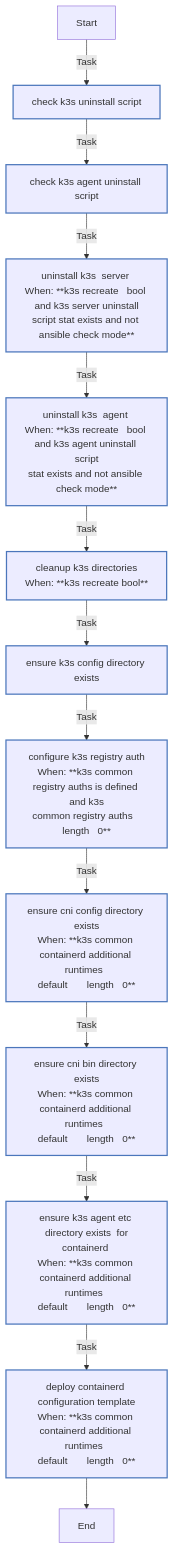
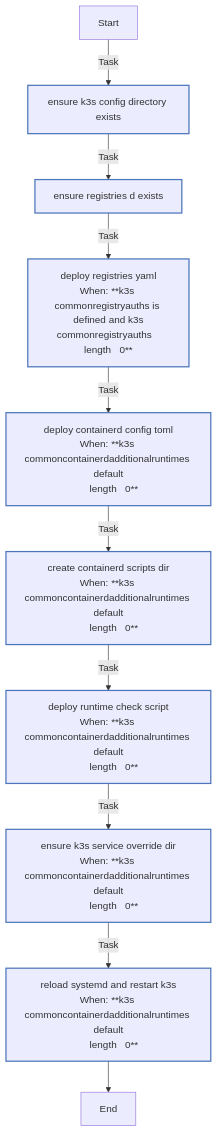
Before and after one commit to rou-cru/k3s-homelab: the diagram in roles/k3s_common/README.md, drawn with Mermaid. The commit also changed other lines of this file and 57 other files, not shown here.

````diff
--- a/roles/k3s_common/README.md
+++ b/roles/k3s_common/README.md
@@ -50,25 +47,22 @@
 ```mermaid
 flowchart TD
 Start
 classDef block stroke:#3498db,stroke-width:2px;
 classDef task stroke:#4b76bb,stroke-width:2px;
 classDef includeTasks stroke:#16a085,stroke-width:2px;
 classDef importTasks stroke:#34495e,stroke-width:2px;
 classDef includeRole stroke:#2980b9,stroke-width:2px;
 classDef importRole stroke:#699ba7,stroke-width:2px;
 classDef includeVars stroke:#8e44ad,stroke-width:2px;
 classDef rescue stroke:#665352,stroke-width:2px;
 
-  Start-->|Task| Check_K3s_uninstall_script0[check k3s uninstall script]:::task
-  Check_K3s_uninstall_script0-->|Task| Check_K3s_agent_uninstall_script1[check k3s agent uninstall script]:::task
-  Check_K3s_agent_uninstall_script1-->|Task| Uninstall_K3s__Server_2[uninstall k3s  server <br>When: **k3s recreate   bool and k3s server uninstall<br>script stat exists and not ansible check mode**]:::task
-  Uninstall_K3s__Server_2-->|Task| Uninstall_K3s__Agent_3[uninstall k3s  agent <br>When: **k3s recreate   bool and k3s agent uninstall script<br>stat exists and not ansible check mode**]:::task
-  Uninstall_K3s__Agent_3-->|Task| Cleanup_K3s_directories4[cleanup k3s directories<br>When: **k3s recreate   bool**]:::task
-  Cleanup_K3s_directories4-->|Task| Ensure_K3s_config_directory_exists5[ensure k3s config directory exists]:::task
-  Ensure_K3s_config_directory_exists5-->|Task| Configure_K3s_registry_auth6[configure k3s registry auth<br>When: **k3s common registry auths is defined and k3s<br>common registry auths   length   0**]:::task
-  Configure_K3s_registry_auth6-->|Task| Ensure_CNI_config_directory_exists7[ensure cni config directory exists<br>When: **k3s common containerd additional runtimes  <br>default       length   0**]:::task
-  Ensure_CNI_config_directory_exists7-->|Task| Ensure_CNI_bin_directory_exists8[ensure cni bin directory exists<br>When: **k3s common containerd additional runtimes  <br>default       length   0**]:::task
-  Ensure_CNI_bin_directory_exists8-->|Task| Ensure_K3s_agent_etc_directory_exists__for_containerd_9[ensure k3s agent etc directory exists  for<br>containerd <br>When: **k3s common containerd additional runtimes  <br>default       length   0**]:::task
-  Ensure_K3s_agent_etc_directory_exists__for_containerd_9-->|Task| Deploy_containerd_configuration_template10[deploy containerd configuration template<br>When: **k3s common containerd additional runtimes  <br>default       length   0**]:::task
-  Deploy_containerd_configuration_template10-->End
+  Start-->|Task| Ensure_K3s_config_directory_exists0[ensure k3s config directory exists]:::task
+  Ensure_K3s_config_directory_exists0-->|Task| Ensure_registries_d_exists1[ensure registries d exists]:::task
+  Ensure_registries_d_exists1-->|Task| Deploy_registries_yaml2[deploy registries yaml<br>When: **k3s commonregistryauths is defined and k3s<br>commonregistryauths   length   0**]:::task
+  Deploy_registries_yaml2-->|Task| Deploy_containerd_config_toml3[deploy containerd config toml<br>When: **k3s commoncontainerdadditionalruntimes   default  <br>    length   0**]:::task
+  Deploy_containerd_config_toml3-->|Task| Create_containerd_scripts_dir4[create containerd scripts dir<br>When: **k3s commoncontainerdadditionalruntimes   default  <br>    length   0**]:::task
+  Create_containerd_scripts_dir4-->|Task| Deploy_runtime_check_script5[deploy runtime check script<br>When: **k3s commoncontainerdadditionalruntimes   default  <br>    length   0**]:::task
+  Deploy_runtime_check_script5-->|Task| Ensure_k3s_service_override_dir6[ensure k3s service override dir<br>When: **k3s commoncontainerdadditionalruntimes   default  <br>    length   0**]:::task
+  Ensure_k3s_service_override_dir6-->|Task| Reload_systemd_and_restart_k3s7[reload systemd and restart k3s<br>When: **k3s commoncontainerdadditionalruntimes   default  <br>    length   0**]:::task
+  Reload_systemd_and_restart_k3s7-->End
 ```
````
